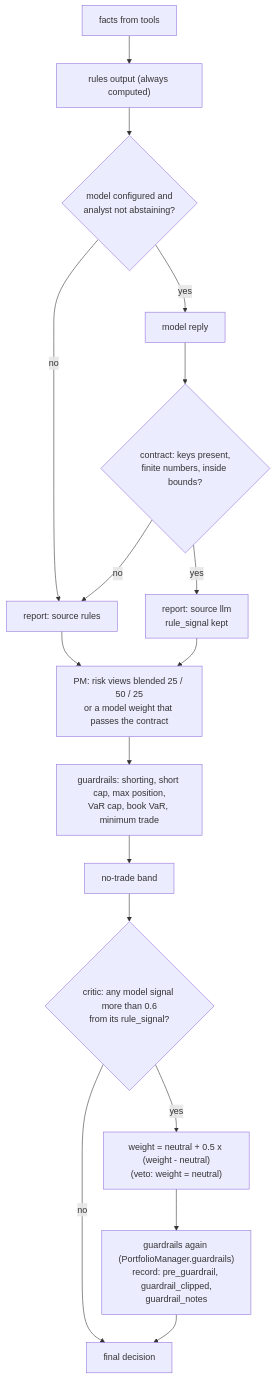
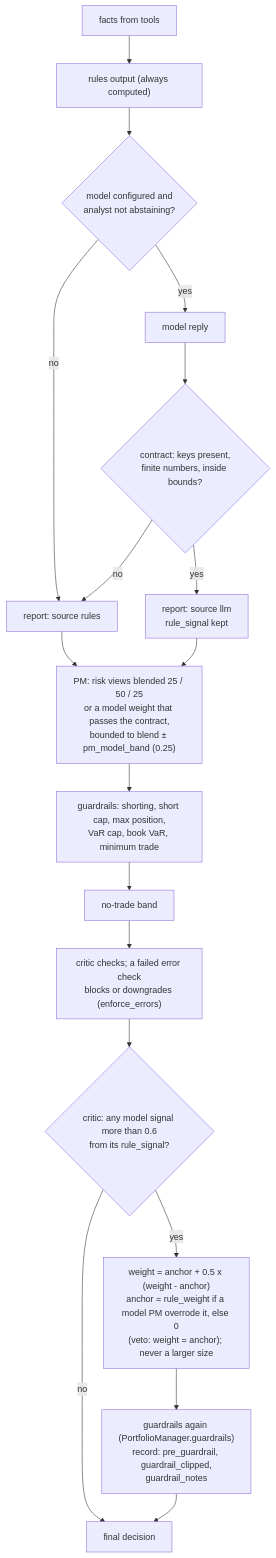
One commit to AshJha0/agentic-trader changed diagram 41 of 45 in docs/DIAGRAMS.md. Above: the diagram before and after it, drawn with Mermaid. The commit also changed other lines of this file and 3 other files, not shown here.

First line of the commit message:
Docs: critic, model-weight bands, MCP defaults and audits match the Round 1 code

````diff
--- a/docs/DIAGRAMS.md
+++ b/docs/DIAGRAMS.md
@@ -1070,19 +1074,20 @@
 ```mermaid
 flowchart TD
     F["facts from tools"] --> R["rules output (always computed)"]
     R --> Q{"model configured and<br/>analyst not abstaining?"}
     Q -- no --> RU["report: source rules"]
     Q -- yes --> M["model reply"]
     M --> C{"contract: keys present,<br/>finite numbers, inside bounds?"}
     C -- no --> RU
     C -- yes --> LL["report: source llm<br/>rule_signal kept"]
-    RU --> PM["PM: risk views blended 25 / 50 / 25<br/>or a model weight that passes the contract"]
+    RU --> PM["PM: risk views blended 25 / 50 / 25<br/>or a model weight that passes the contract,<br/>bounded to blend ± pm_model_band (0.25)"]
     LL --> PM
     PM --> G["guardrails: shorting, short cap, max position,<br/>VaR cap, book VaR, minimum trade"]
     G --> B["no-trade band"]
-    B --> CR{"critic: any model signal more than 0.6<br/>from its rule_signal?"}
-    CR -- yes --> S["weight = neutral + 0.5 x (weight - neutral)<br/>(veto: weight = neutral)"]
+    B --> EE["critic checks; a failed error check<br/>blocks or downgrades (enforce_errors)"]
+    EE --> CR{"critic: any model signal more than 0.6<br/>from its rule_signal?"}
+    CR -- yes --> S["weight = anchor + 0.5 x (weight - anchor)<br/>anchor = rule_weight if a model PM overrode it, else 0<br/>(veto: weight = anchor); never a larger size"]
     CR -- no --> D["final decision"]
     S --> G2["guardrails again (PortfolioManager.guardrails)<br/>record: pre_guardrail, guardrail_clipped,<br/>guardrail_notes"]
     G2 --> D
 ```
````
